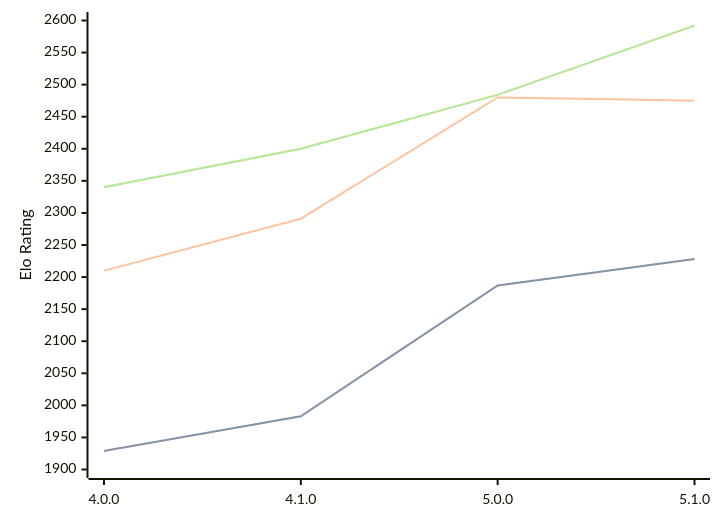
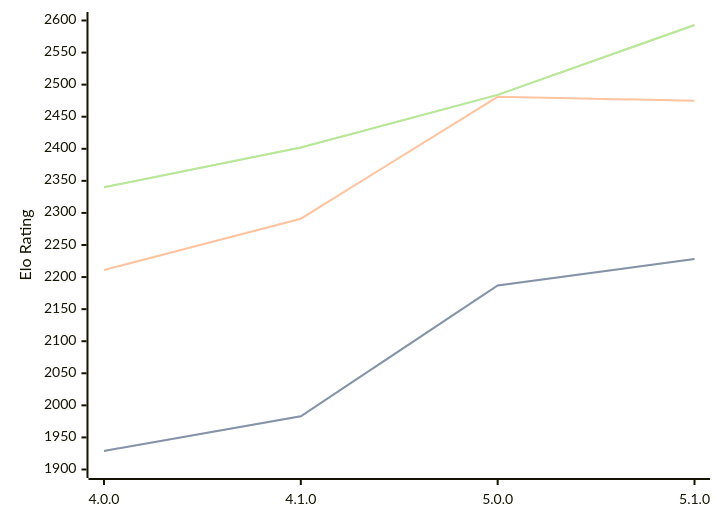
One commit to computer-chess-index/cci changed the diagram in engines/Aconcagua.md. Above: the diagram before and after it, drawn with Mermaid. The commit also changed other lines of this file, not shown here.

Commit message:
Update CCI Ratings (ELO VLTC) - 2026-04-09

````diff
--- a/engines/Aconcagua.md
+++ b/engines/Aconcagua.md
@@ -43,11 +43,11 @@
 ```mermaid
 %%{init: {"theme":"base","themeVariables":{"seriesColors:['#a3a3a3','#222221','#faa371']}}}%%
 xychart-beta
   x-axis ["4.0.0", "4.1.0", "5.0.0", "5.1.0"]
   y-axis "Elo Rating" 1900 --> 2600
   line "STC (8.0+0.08s)" [1929, 1983, 2187, 2228]
   line "STC (8.0+0.08s)" [1929, 1983, 2187, 2228]
-  line "LTC (60.0+0.60s)" [2210, 2291, 2480, 2475]
-  line "VLTC (2m24s+1.12s)" [2340, 2400, 2484, 2592]
-  line "VLTC (2m24s+1.12s)" [2340, 2400, 2484, 2592]
+  line "LTC (60.0+0.60s)" [2211, 2291, 2481, 2475]
+  line "VLTC (2m24s+1.12s)" [2340, 2402, 2484, 2593]
+  line "VLTC (2m24s+1.12s)" [2340, 2402, 2484, 2593]
 ```
````
